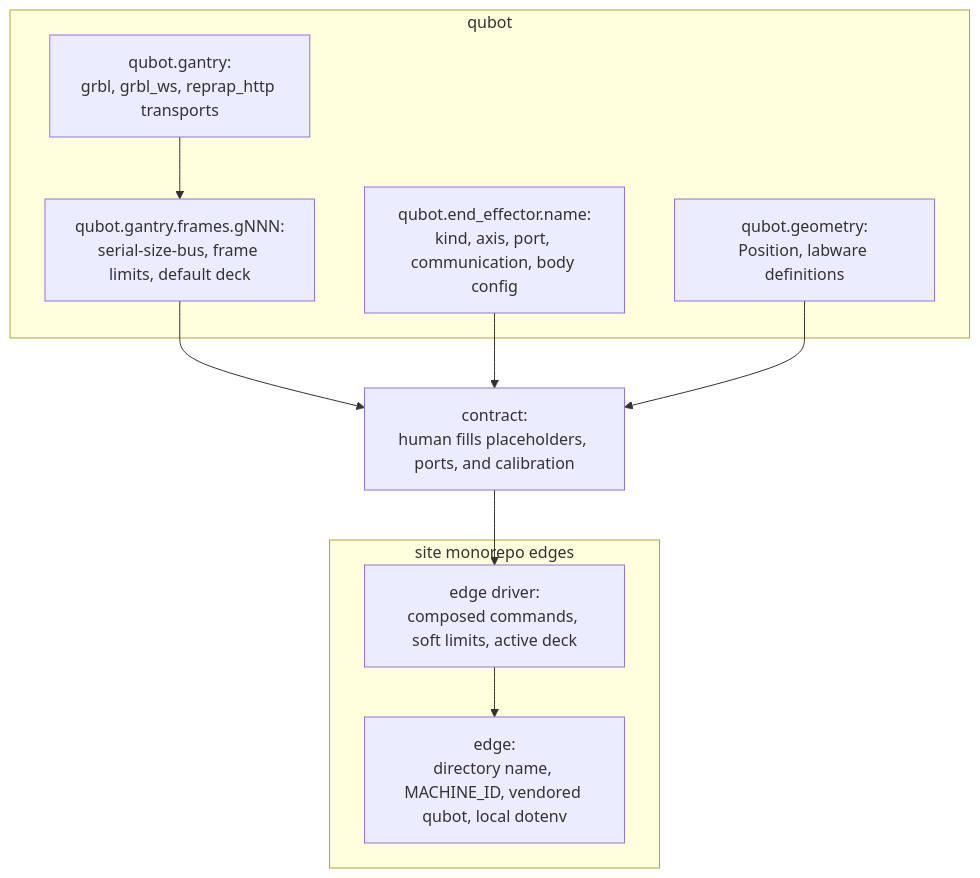
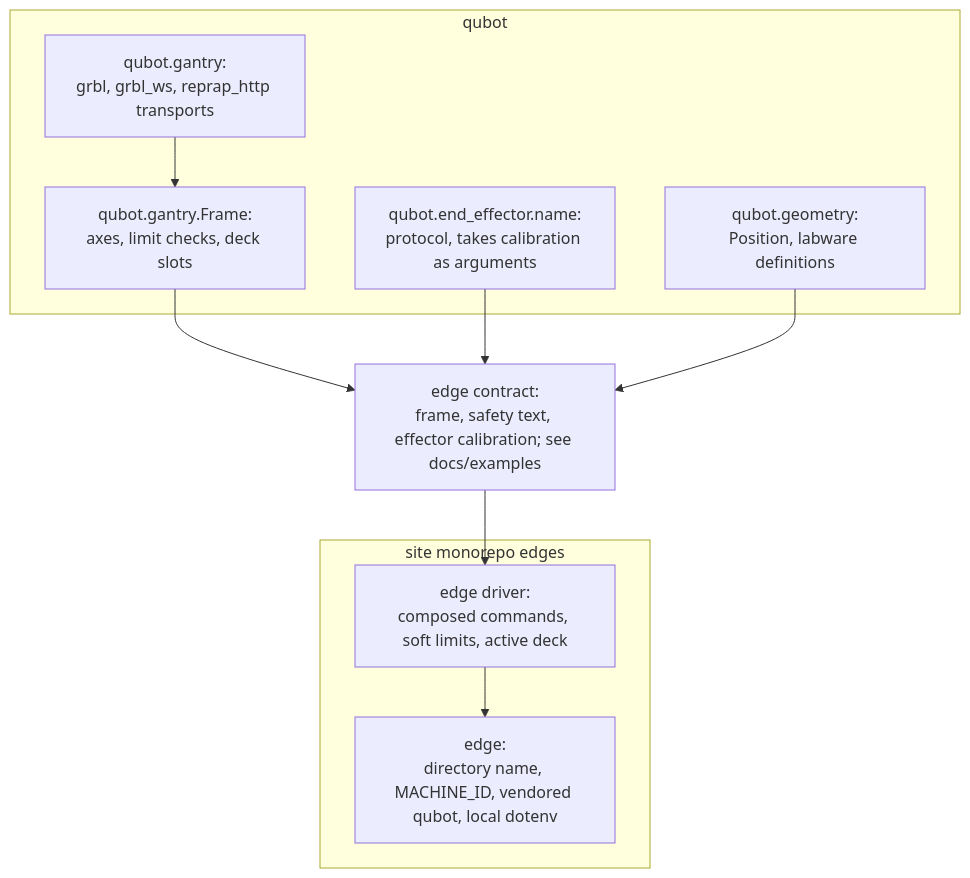
The diagram in MODULARIZATION.md (PUDAP/qubot), drawn with Mermaid before and after one commit. The commit also changed other lines of this file and 53 other files, not shown here.

First line of the commit message:
refactor: Move machine settings out of qubot into edge contracts.

````diff
--- a/MODULARIZATION.md
+++ b/MODULARIZATION.md
@@ -9,20 +9,20 @@
 ```mermaid
 flowchart TB
   subgraph sources [qubot]
     transport["qubot.gantry:<br/>grbl, grbl_ws, reprap_http transports"]
     geometry["qubot.geometry:<br/>Position, labware definitions"]
-    gantry["qubot.gantry.frames.gNNN:<br/>serial-size-bus, frame limits, default deck"]
-    effector["qubot.end_effector.name:<br/>kind, axis, port, communication, body config"]
+    gantry["qubot.gantry.Frame:<br/>axes, limit checks, deck slots"]
+    effector["qubot.end_effector.name:<br/>protocol, takes calibration as arguments"]
     transport --> gantry
   end
-  contract["contract:<br/>human fills placeholders, ports, and calibration"]
+  contract["edge contract:<br/>frame, safety text, effector calibration; see docs/examples"]
   gantry --> contract
   effector --> contract
   geometry --> contract
   subgraph built [site monorepo edges]
     module["edge driver:<br/>composed commands, soft limits, active deck"]
     edge["edge:<br/>directory name, MACHINE_ID, vendored qubot, local dotenv"]
     module --> edge
   end
   contract --> module
 ```
````
